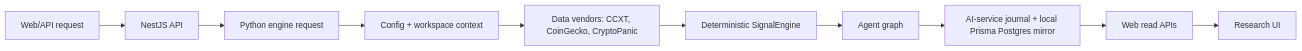
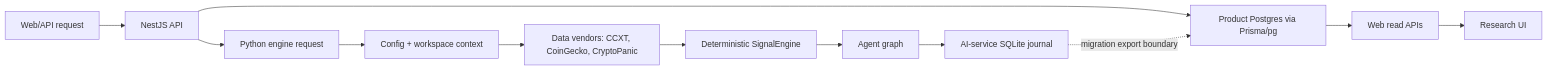
One commit to Lunamoon-dot/AI-Crypto-Research-Workstation changed the first of 6 diagrams in Workflow.md. Above: the diagram before and after it, drawn with Mermaid. The commit also changed other lines of this file and 76 other files, not shown here.

````diff
--- a/Workflow.md
+++ b/Workflow.md
@@ -10,12 +10,14 @@
 ```mermaid
 flowchart LR
     Web["Web/API request"] --> API["NestJS API"]
     API --> Engine["Python engine request"]
     Engine --> Config["Config + workspace context"]
     Config --> Vendors["Data vendors: CCXT, CoinGecko, CryptoPanic"]
     Vendors --> Signals["Deterministic SignalEngine"]
     Signals --> Graph["Agent graph"]
-    Graph --> Journal["AI-service journal + local Prisma Postgres mirror"]
-    Journal --> ReadAPI["Web read APIs"]
+    Graph --> SQLite["AI-service SQLite journal"]
+    API --> ProductDB["Product Postgres via Prisma/pg"]
+    SQLite -. migration export boundary .-> ProductDB
+    ProductDB --> ReadAPI["Web read APIs"]
     ReadAPI --> UI["Research UI"]
 ```
````
